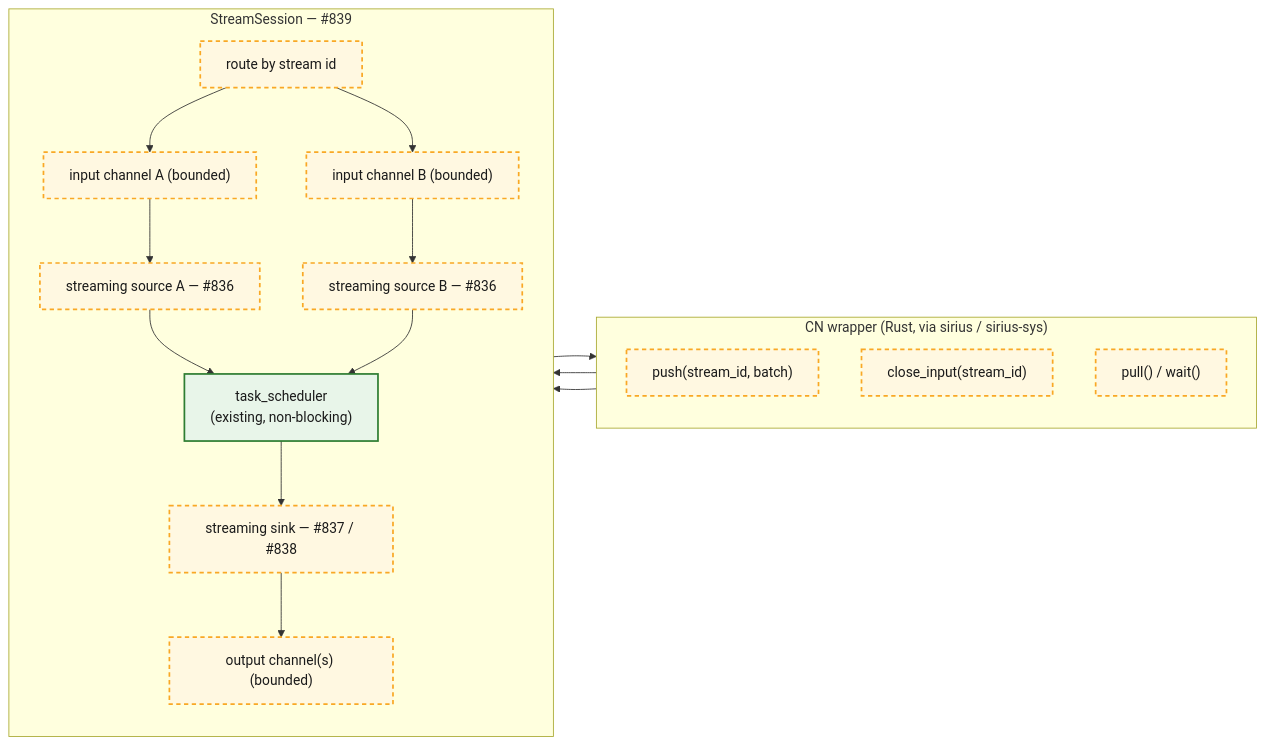
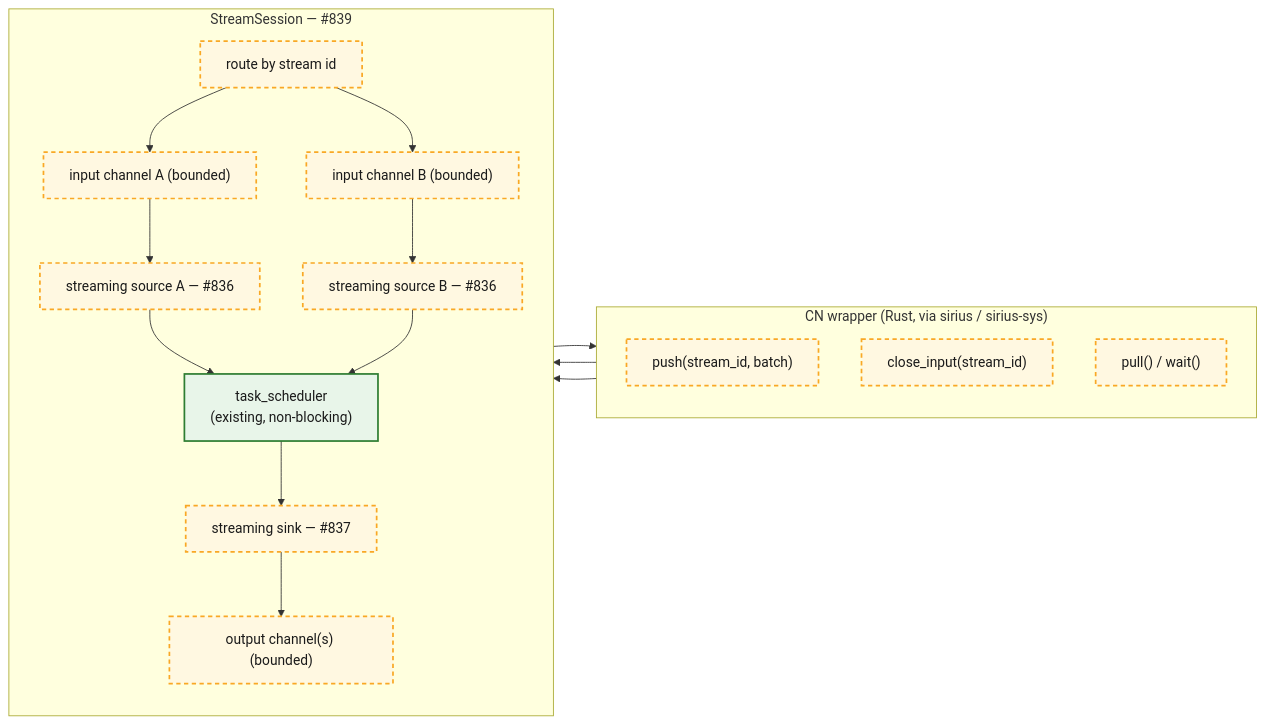
The fifth of 11 diagrams in experimental/starrocks/docs/exchange-design.md (sirius-db/sirius), drawn with Mermaid before and after one commit. The commit also changed other lines of this file, not shown here.

````diff
--- a/experimental/starrocks/docs/exchange-design.md
+++ b/experimental/starrocks/docs/exchange-design.md
@@ -180,29 +187,29 @@
 ```mermaid
 flowchart LR
   subgraph wrapper["CN wrapper (Rust, via sirius / sirius-sys)"]
     direction TB
     push["push(stream_id, batch)"]:::proposed
     closein["close_input(stream_id)"]:::proposed
     pull["pull() / wait()"]:::proposed
   end
   subgraph session["StreamSession — #839"]
     direction TB
     route["route by stream id"]:::proposed
     inA["input channel A (bounded)"]:::proposed
     inB["input channel B (bounded)"]:::proposed
     srcA["streaming source A — #836"]:::proposed
     srcB["streaming source B — #836"]:::proposed
     sched["task_scheduler<br/>(existing, non-blocking)"]:::exists
-    sink["streaming sink — #837 / #838"]:::proposed
+    sink["streaming sink — #837"]:::proposed
     outCh["output channel(s) (bounded)"]:::proposed
     route --> inA --> srcA --> sched
     route --> inB --> srcB --> sched
     sched --> sink --> outCh
   end
   push --> route
   closein --> route
   outCh --> pull
   classDef exists fill:#e8f5e9,stroke:#2e7d32,stroke-width:2px,color:#1a1a1a;
   classDef proposed fill:#fff8e1,stroke:#f9a825,stroke-width:2px,stroke-dasharray:5 4,color:#1a1a1a;
   classDef priorart fill:#ede7f6,stroke:#6a1b9a,stroke-width:1.5px,stroke-dasharray:2 2,color:#1a1a1a;
 ```
````
